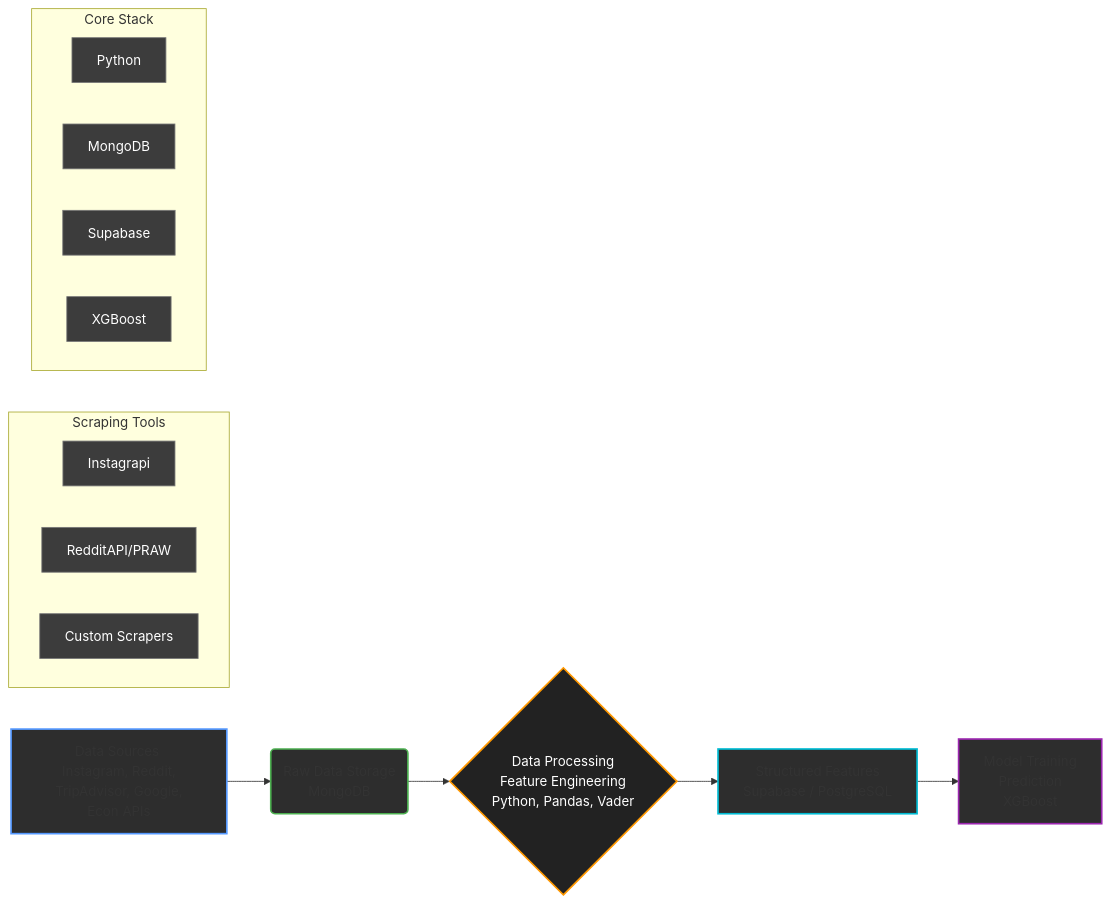
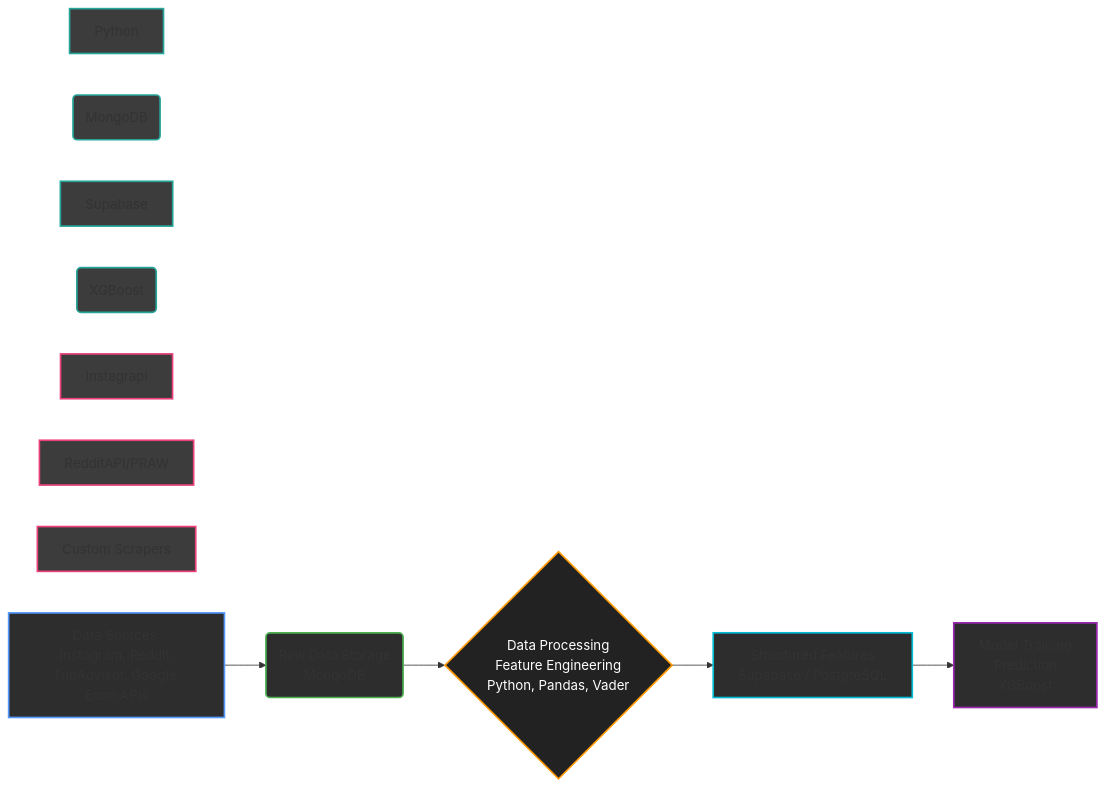
One commit to bt4301-group-8/tourism-consultancy changed the diagram in README.md. Above: the diagram before and after it, drawn with Mermaid.

````diff
--- a/README.md
+++ b/README.md
@@ -32,40 +32,41 @@
 ```mermaid
 graph LR
+
+    %% Define Core Stack Nodes (arranged conceptually vertical)
+    P[Python]
+    MDB(MongoDB)
+    SB[Supabase]
+    XG(XGBoost)
+
+    %% Define Scraping Tools Nodes (arranged conceptually vertical)
+    S1[Instagrapi]
+    S2[RedditAPI/PRAW]
+    S3[Custom Scrapers]
+
+    %% Define Main Pipeline Nodes
     A[Data Sources <br/> Instagram, Reddit, <br/> TripAdvisor, Google, Econ APIs] --> B(Raw Data Storage <br/> MongoDB);
     B --> C{Data Processing <br/> Feature Engineering <br/> Python, Pandas, Vader};
     C --> D[Structured Features <br/> Supabase / PostgreSQL];
     D --> E[Model Training <br/> Prediction <br/> XGBoost];
 
-    subgraph Scraping Tools
-        direction LR
-        S1[Instagrapi]
-        S2[RedditAPI/PRAW]
-        S3[Custom Scrapers]
-    end
 
-    subgraph Core Stack
-        direction LR
-        P[Python]
-        MDB[MongoDB]
-        SB[Supabase]
-        XG[XGBoost]
-    end
+    %% --- STYLING ---
 
-    %% Define styles for dark theme with COLORFUL accents (borders)
-    %% Base dark fill, white text for all
-    %% Main pipeline nodes: Different colored borders
+    %% Main pipeline nodes: Dark fill, white text, distinct colored borders
     style A fill:#2D2D2D,stroke:#5599FF,stroke-width:2px,color:#FFF %% Blue border
     style B fill:#2D2D2D,stroke:#4CAF50,stroke-width:2px,color:#FFF %% Green border
     style C fill:#222,stroke:#FF9800,stroke-width:2px,color:#FFF  
     style D fill:#2D2D2D,stroke:#00BCD4,stroke-width:2px,color:#FFF %% Cyan border
     style E fill:#2D2D2D,stroke:#9C27B0,stroke-width:2px,color:#FFF %% Purple border
 
-    %% Nodes within subgraphs: Neutral dark grey, subtle border
-    style S1 fill:#3C3C3C,stroke:#777,stroke-width:1px,color:#FFF
-    style S2 fill:#3C3C3C,stroke:#777,stroke-width:1px,color:#FFF
-    style S3 fill:#3C3C3C,stroke:#777,stroke-width:1px,color:#FFF
-    style P fill:#3C3C3C,stroke:#777,stroke-width:1px,color:#FFF
-    style MDB fill:#3C3C3C,stroke:#777,stroke-width:1px,color:#FFF
-    style SB fill:#3C3C3C,stroke:#777,stroke-width:1px,color:#FFF
-    style XG fill:#3C3C3C,stroke:#777,stroke-width:1px,color:#FFF
+    %% Core Stack Nodes: Dark fill, white text, consistent colored border (e.g., Teal)
+    style P fill:#3C3C3C,stroke:#26A69A,stroke-width:2px,color:#FFF %% Teal border
+    style MDB fill:#3C3C3C,stroke:#26A69A,stroke-width:2px,color:#FFF %% Teal border
+    style SB fill:#3C3C3C,stroke:#26A69A,stroke-width:2px,color:#FFF %% Teal border
+    style XG fill:#3C3C3C,stroke:#26A69A,stroke-width:2px,color:#FFF %% Teal border
+
+    %% Scraping Tools Nodes: Dark fill, white text, consistent colored border (e.g., Pink)
+    style S1 fill:#3C3C3C,stroke:#EC407A,stroke-width:2px,color:#FFF %% Pink border
+    style S2 fill:#3C3C3C,stroke:#EC407A,stroke-width:2px,color:#FFF %% Pink border
+    style S3 fill:#3C3C3C,stroke:#EC407A,stroke-width:2px,color:#FFF %% Pink border
 ```
````
